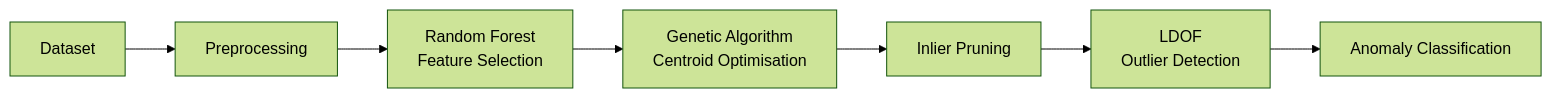
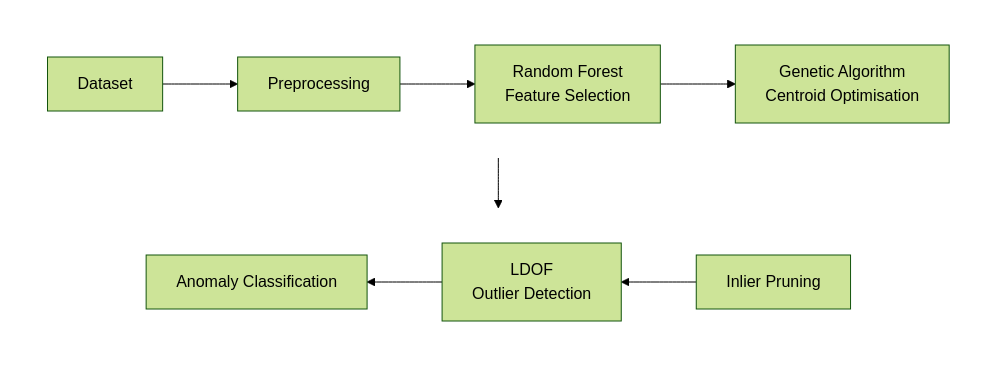
Before and after one commit to Tomnowell/tomnowell.github.io: the diagram in _posts/2026-10-20-Exploring-Machine-Learning-for-Network-Anomaly-Detection.md, drawn with Mermaid (forest theme).

Commit message:
Mermaid graph over 2 rows

````diff
--- a/_posts/2026-10-20-Exploring-Machine-Learning-for-Network-Anomaly-Detection.md
+++ b/_posts/2026-10-20-Exploring-Machine-Learning-for-Network-Anomaly-Detection.md
@@ -60,9 +60,17 @@
 ```mermaid
-flowchart LR;
+flowchart TB;
+  subgraph first_row[" "]
+    direction LR
     A["Dataset"] --> B["Preprocessing"];
     B --> C["Random Forest<br/>Feature Selection"];
     C --> D["Genetic Algorithm<br/>Centroid Optimisation"];
-    D --> E["Inlier Pruning"];
-    E --> F["LDOF<br/>Outlier Detection"];
+  end
+  subgraph second_row[" "]
+    direction RL
+    E["Inlier Pruning"] --> F["LDOF<br/>Outlier Detection"];
     F --> G["Anomaly Classification"];
+  end
+  first_row --> second_row;
+  style first_row fill:transparent,stroke:transparent;
+  style second_row fill:transparent,stroke:transparent;
 ```
````
